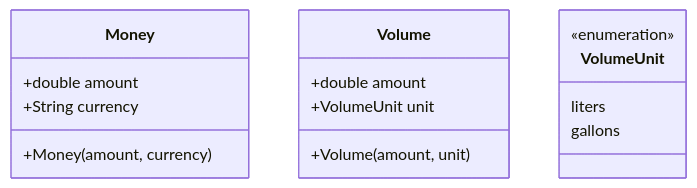
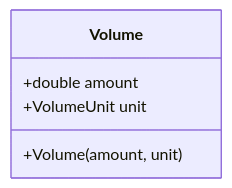
Before and after one commit to abrahdev/karter: the tenth of 13 diagrams in docs/docs/developer/mobile/app-architecture.md, drawn with Mermaid. The commit also changed other lines of this file and 3 other files, not shown here.

````diff
--- a/docs/docs/developer/mobile/app-architecture.md
+++ b/docs/docs/developer/mobile/app-architecture.md
@@ -420,21 +336,8 @@
 ```mermaid
 classDiagram
-    class Money {
-        +double amount
-        +String currency
-        +Money(amount, currency)
-    }
-    
     class Volume {
         +double amount
         +VolumeUnit unit
         +Volume(amount, unit)
     }
-    
-    class VolumeUnit {
-        <<enumeration>>
-        liters
-        gallons
-    }
-
 ```
````
